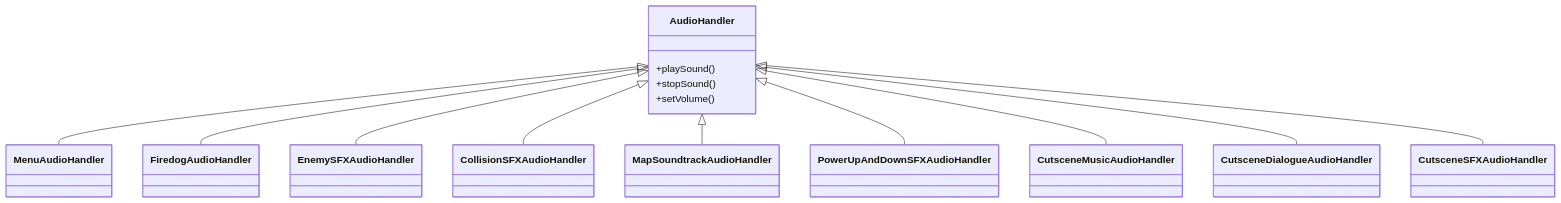
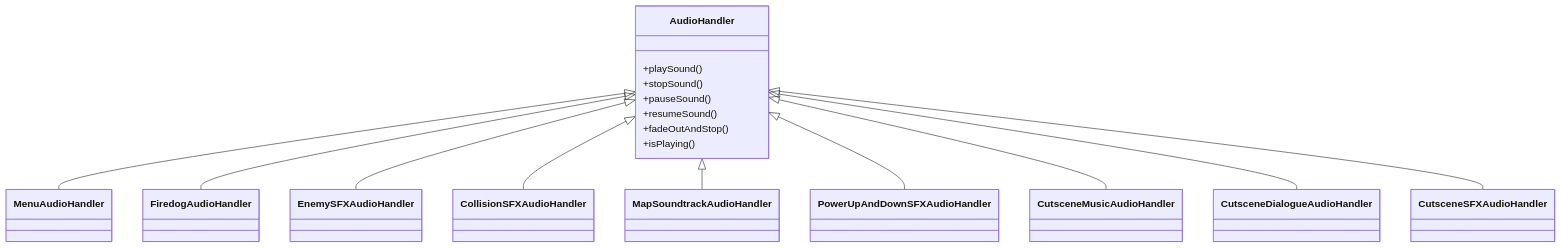
One commit to danialjivraj/firedog changed the seventh of 11 diagrams in ARCHITECTURE.md. Above: the diagram before and after it, drawn with Mermaid. The commit also changed other lines of this file, not shown here.

Commit message:
updating architecture

````diff
--- a/ARCHITECTURE.md
+++ b/ARCHITECTURE.md
@@ -241,18 +292,21 @@
 ```mermaid
 classDiagram
     class AudioHandler {
         +playSound()
         +stopSound()
-        +setVolume()
+        +pauseSound()
+        +resumeSound()
+        +fadeOutAndStop()
+        +isPlaying()
     }
 
     AudioHandler <|-- MenuAudioHandler
     AudioHandler <|-- FiredogAudioHandler
     AudioHandler <|-- EnemySFXAudioHandler
     AudioHandler <|-- CollisionSFXAudioHandler
     AudioHandler <|-- MapSoundtrackAudioHandler
     AudioHandler <|-- PowerUpAndDownSFXAudioHandler
     AudioHandler <|-- CutsceneMusicAudioHandler
     AudioHandler <|-- CutsceneDialogueAudioHandler
     AudioHandler <|-- CutsceneSFXAudioHandler
 ```
````
